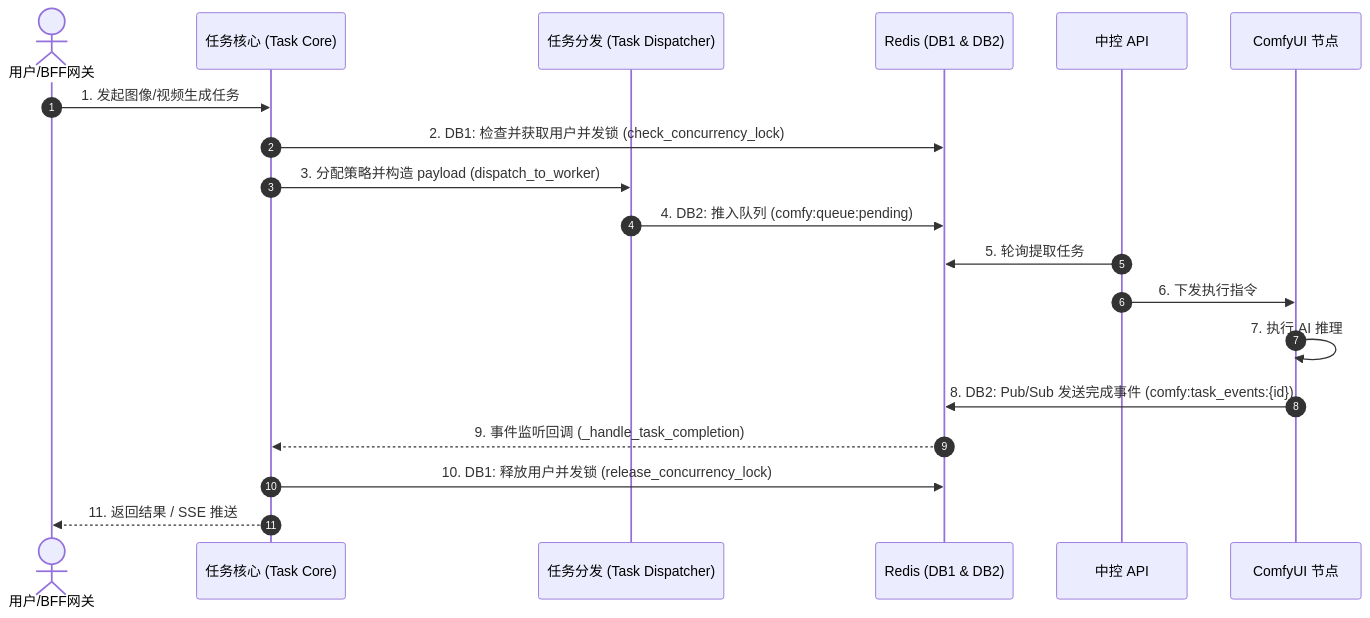
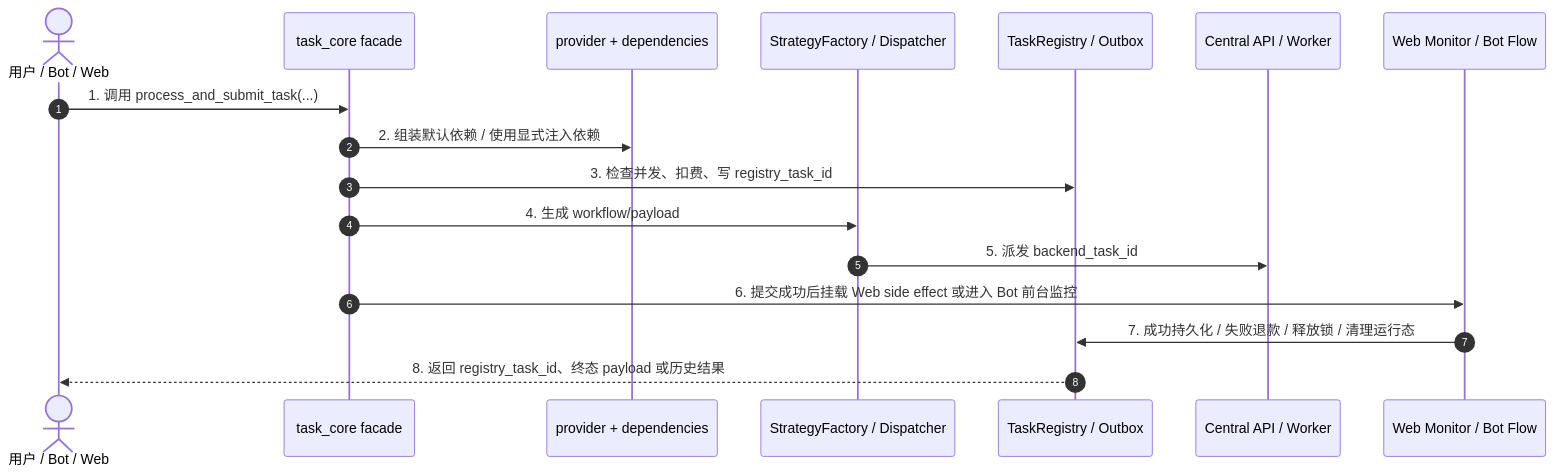
Before and after one commit to giraffu/All_bot: the diagram in docs/子模块_任务调度_task_scheduler.md, drawn with Mermaid. The commit also changed other lines of this file and 22 other files, not shown here.

````diff
--- a/docs/子模块_任务调度_task_scheduler.md
+++ b/docs/子模块_任务调度_task_scheduler.md
@@ -8,22 +38,20 @@
 ```mermaid
 sequenceDiagram
     autonumber
-    actor U as 用户/BFF网关
-    participant TC as 任务核心 (Task Core)
-    participant TD as 任务分发 (Task Dispatcher)
-    participant Redis as Redis (DB1 & DB2)
-    participant CAPI as 中控 API
-    participant Worker as ComfyUI 节点
+    actor U as 用户 / Bot / Web
+    participant Facade as task_core facade
+    participant Deps as provider + dependencies
+    participant Dispatcher as StrategyFactory / Dispatcher
+    participant Registry as TaskRegistry / Outbox
+    participant Backend as Central API / Worker
+    participant Monitor as Web Monitor / Bot Flow
 
-    U->>TC: 1. 发起图像/视频生成任务
-    TC->>Redis: 2. DB1: 检查并获取用户并发锁 (check_concurrency_lock)
-    TC->>TD: 3. 分配策略并构造 payload (dispatch_to_worker)
-    TD->>Redis: 4. DB2: 推入队列 (comfy:queue:pending)
-    CAPI->>Redis: 5. 轮询提取任务
-    CAPI->>Worker: 6. 下发执行指令
-    Worker->>Worker: 7. 执行 AI 推理
-    Worker->>Redis: 8. DB2: Pub/Sub 发送完成事件 (comfy:task_events:{id})
-    Redis-->>TC: 9. 事件监听回调 (_handle_task_completion)
-    TC->>Redis: 10. DB1: 释放用户并发锁 (release_concurrency_lock)
-    TC-->>U: 11. 返回结果 / SSE 推送
+    U->>Facade: 1. 调用 process_and_submit_task(...)
+    Facade->>Deps: 2. 组装默认依赖 / 使用显式注入依赖
+    Facade->>Registry: 3. 检查并发、扣费、写 registry_task_id
+    Facade->>Dispatcher: 4. 生成 workflow/payload
+    Dispatcher->>Backend: 5. 派发 backend_task_id
+    Facade->>Monitor: 6. 提交成功后挂载 Web side effect 或进入 Bot 前台监控
+    Monitor->>Registry: 7. 成功持久化 / 失败退款 / 释放锁 / 清理运行态
+    Registry-->>U: 8. 返回 registry_task_id、终态 payload 或历史结果
 ```
````
